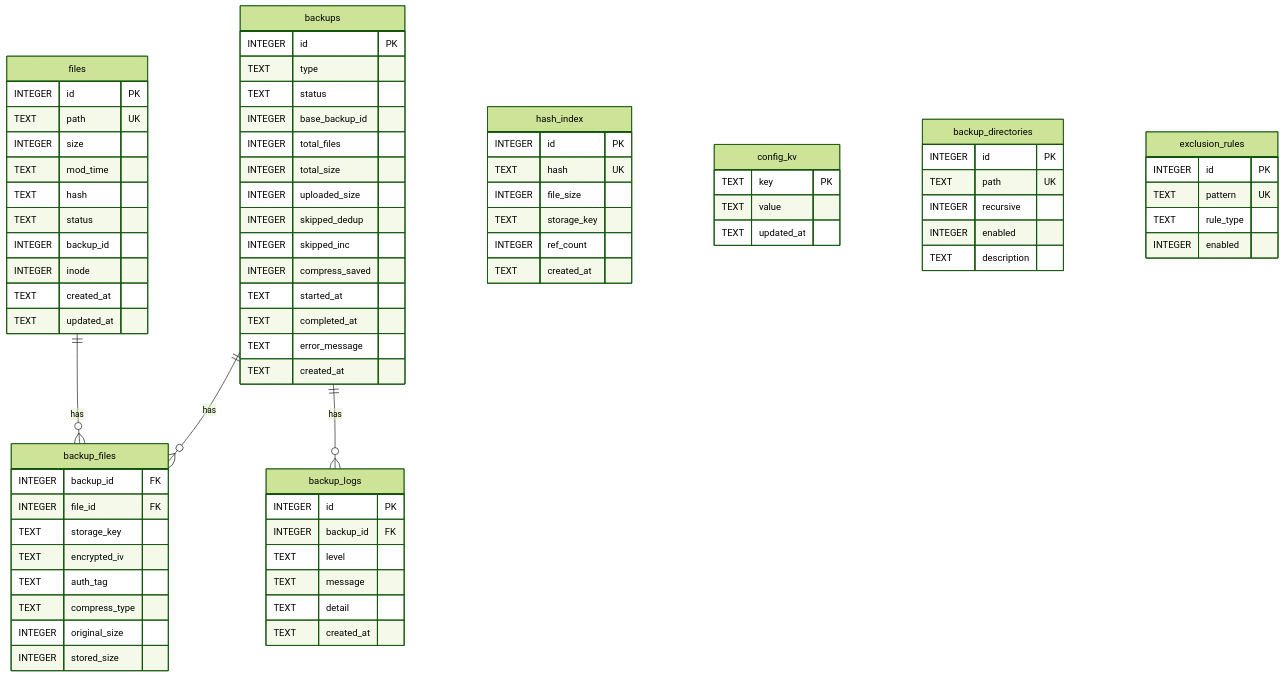
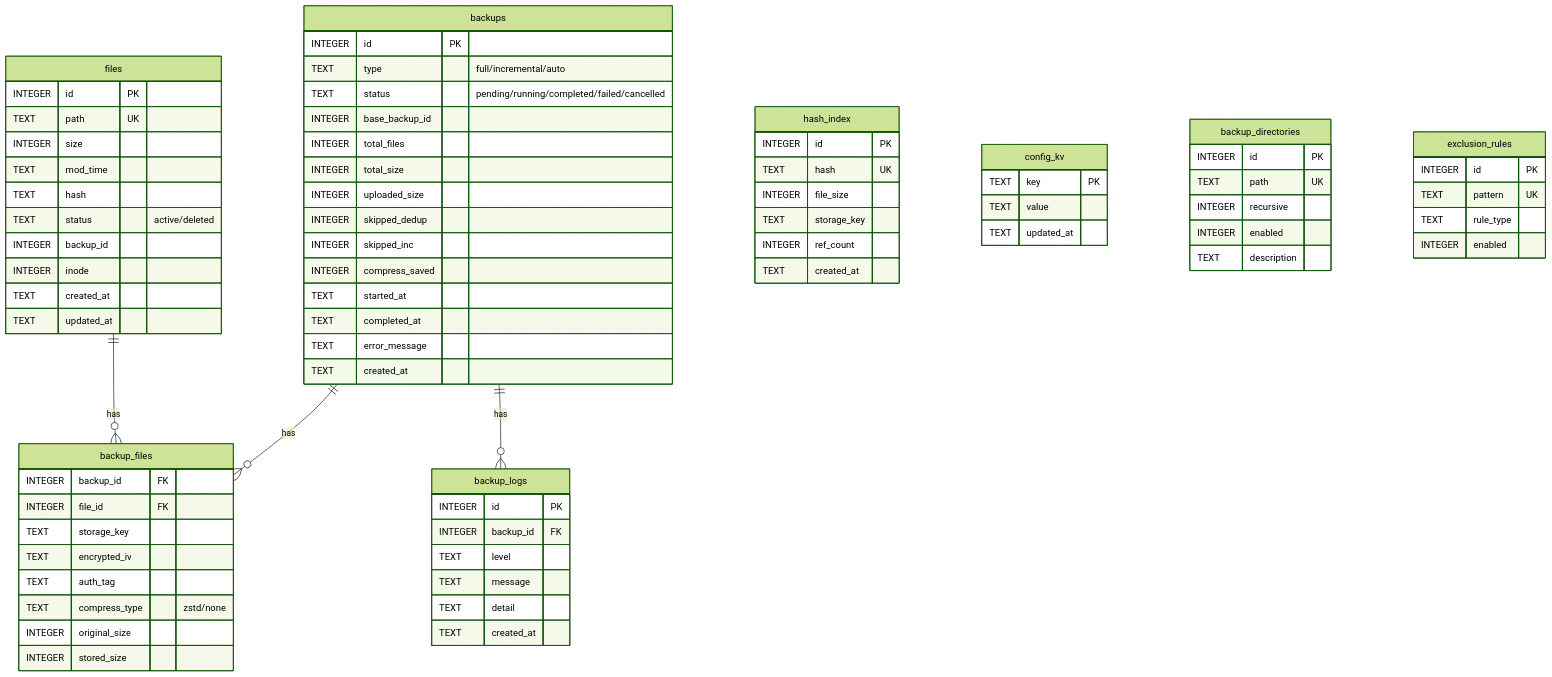
One commit to jacobz6/nasbkup changed the third of 3 diagrams in .trae/documents/tech-architecture.md. Above: the diagram before and after it, drawn with Mermaid (forest theme). The commit also changed other lines of this file and 15 other files, not shown here.

````diff
--- a/.trae/documents/tech-architecture.md
+++ b/.trae/documents/tech-architecture.md
@@ -287,78 +391,78 @@
 ```mermaid
 erDiagram
     "backups" {
         INTEGER id PK
-        TEXT type
-        TEXT status
+        TEXT type "full/incremental/auto"
+        TEXT status "pending/running/completed/failed/cancelled"
         INTEGER base_backup_id
         INTEGER total_files
         INTEGER total_size
         INTEGER uploaded_size
         INTEGER skipped_dedup
         INTEGER skipped_inc
         INTEGER compress_saved
         TEXT started_at
         TEXT completed_at
         TEXT error_message
         TEXT created_at
     }
     "files" {
         INTEGER id PK
         TEXT path UK
         INTEGER size
         TEXT mod_time
         TEXT hash
-        TEXT status
+        TEXT status "active/deleted"
         INTEGER backup_id
         INTEGER inode
         TEXT created_at
         TEXT updated_at
     }
     "backup_files" {
         INTEGER backup_id FK
         INTEGER file_id FK
         TEXT storage_key
         TEXT encrypted_iv
         TEXT auth_tag
-        TEXT compress_type
+        TEXT compress_type "zstd/none"
         INTEGER original_size
         INTEGER stored_size
     }
     "hash_index" {
         INTEGER id PK
         TEXT hash UK
         INTEGER file_size
         TEXT storage_key
         INTEGER ref_count
         TEXT created_at
     }
     "backup_logs" {
         INTEGER id PK
         INTEGER backup_id FK
         TEXT level
         TEXT message
         TEXT detail
         TEXT created_at
     }
     "config_kv" {
         TEXT key PK
         TEXT value
         TEXT updated_at
     }
     "backup_directories" {
         INTEGER id PK
         TEXT path UK
         INTEGER recursive
         INTEGER enabled
         TEXT description
     }
     "exclusion_rules" {
         INTEGER id PK
         TEXT pattern UK
         TEXT rule_type
         INTEGER enabled
     }
     "backups" ||--o{ "backup_files" : "has"
     "files" ||--o{ "backup_files" : "has"
     "backups" ||--o{ "backup_logs" : "has"
 ```
````
